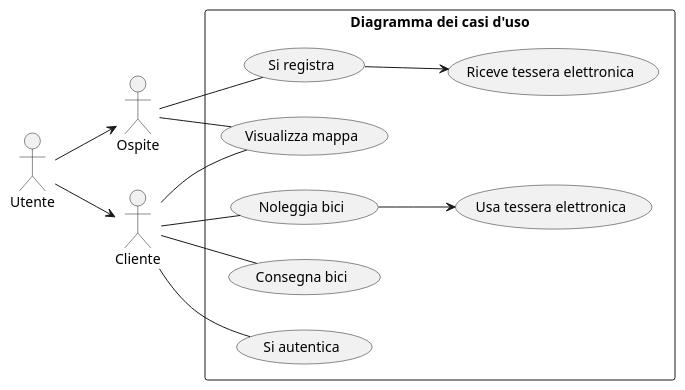
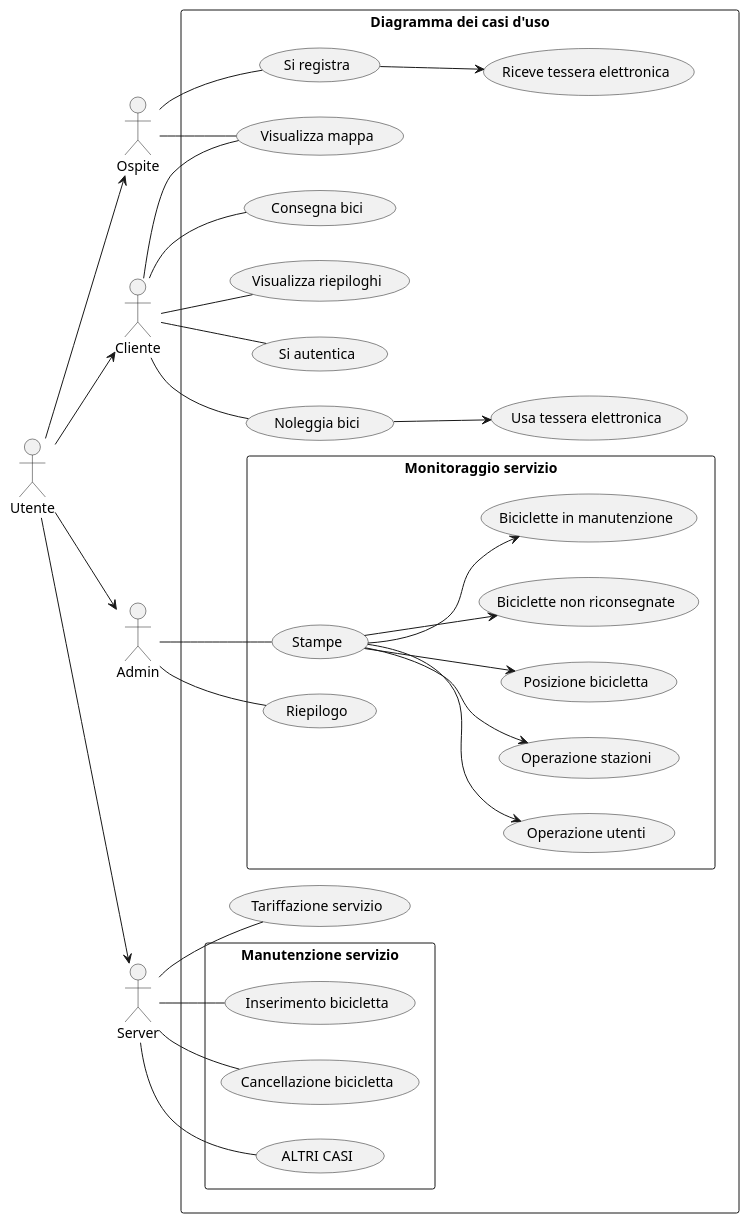
One commit to AlbertoMonti05/simulazioneEsame_noleggioBiciclette changed the diagram in file/diagrammi/useCase.puml. Above: the diagram before and after it, drawn with PlantUML.

Commit message:
Inserimento attori (admin e server)  e loro casi d'uso

```diff
--- a/file/diagrammi/useCase.puml
+++ b/file/diagrammi/useCase.puml
@@ -1,23 +1,47 @@
 @startuml useCase
 left to right direction
 actor Utente
 actor Ospite
 actor Cliente
+actor Admin
+actor "Server" as S
 
 Utente --> Ospite
 Utente --> Cliente
-
+Utente --> Admin
+Utente --> S
 
 rectangle "Diagramma dei casi d'uso"{
   Ospite -- (Visualizza mappa)
   Ospite -- (Si registra)
   (Si registra) --> (Riceve tessera elettronica)
 
   Cliente -- (Visualizza mappa)
+  Cliente -- (Visualizza riepiloghi)
   Cliente -- (Si autentica)
   Cliente -- (Noleggia bici)
   (Noleggia bici) --> (Usa tessera elettronica)
   Cliente -- (Consegna bici)
+
+  S -- (Tariffazione servizio)
+
+  rectangle "Monitoraggio servizio"{
+    Admin -- (Stampe)
+    Admin -- (Riepilogo)
+    (Stampe) --> (Operazione utenti)
+    (Stampe) --> (Operazione stazioni)
+    (Stampe) --> (Posizione bicicletta)
+    (Stampe) --> (Biciclette non riconsegnate)
+    (Stampe) --> (Biciclette in manutenzione)
+
+  }
+
+  rectangle "Manutenzione servizio"{
+    S -- (Inserimento bicicletta)
+    S -- (Cancellazione bicicletta)
+    S -- (ALTRI CASI)
+  }
+
 }
 
 @enduml
```
